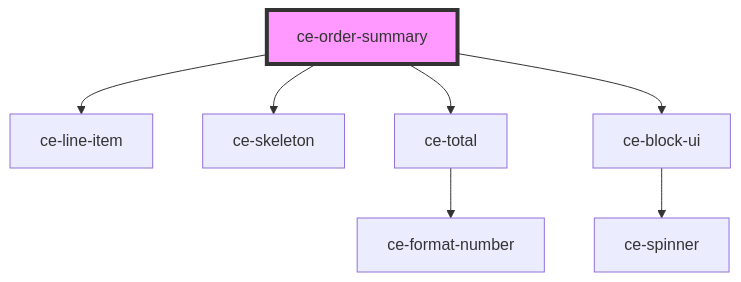
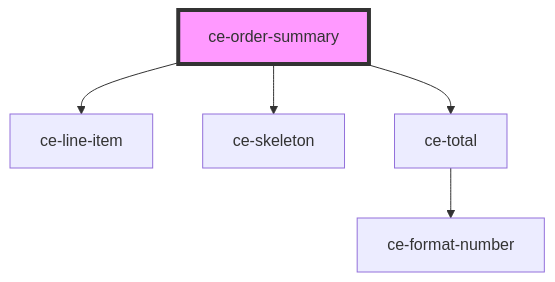
The diagram in packages/components/src/components/controllers/order-summary/readme.md (surecart/surecart-wp-plugin), drawn with Mermaid before and after one commit. The commit also changed other lines of this file and 48 other files, not shown here.

````diff
--- a/packages/components/src/components/controllers/order-summary/readme.md
+++ b/packages/components/src/components/controllers/order-summary/readme.md
@@ -30,10 +28,8 @@
 ```mermaid
 graph TD;
   ce-order-summary --> ce-line-item
   ce-order-summary --> ce-skeleton
   ce-order-summary --> ce-total
-  ce-order-summary --> ce-block-ui
   ce-total --> ce-format-number
-  ce-block-ui --> ce-spinner
   style ce-order-summary fill:#f9f,stroke:#333,stroke-width:4px
 ```
````
